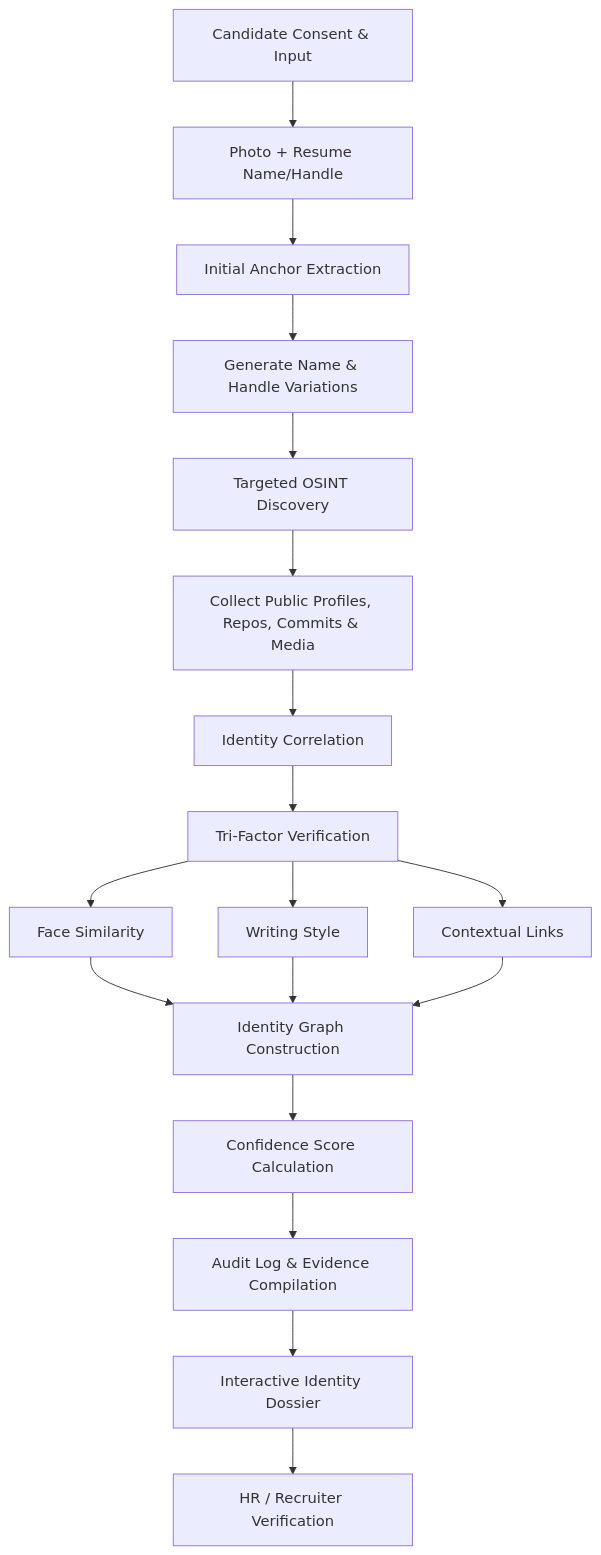
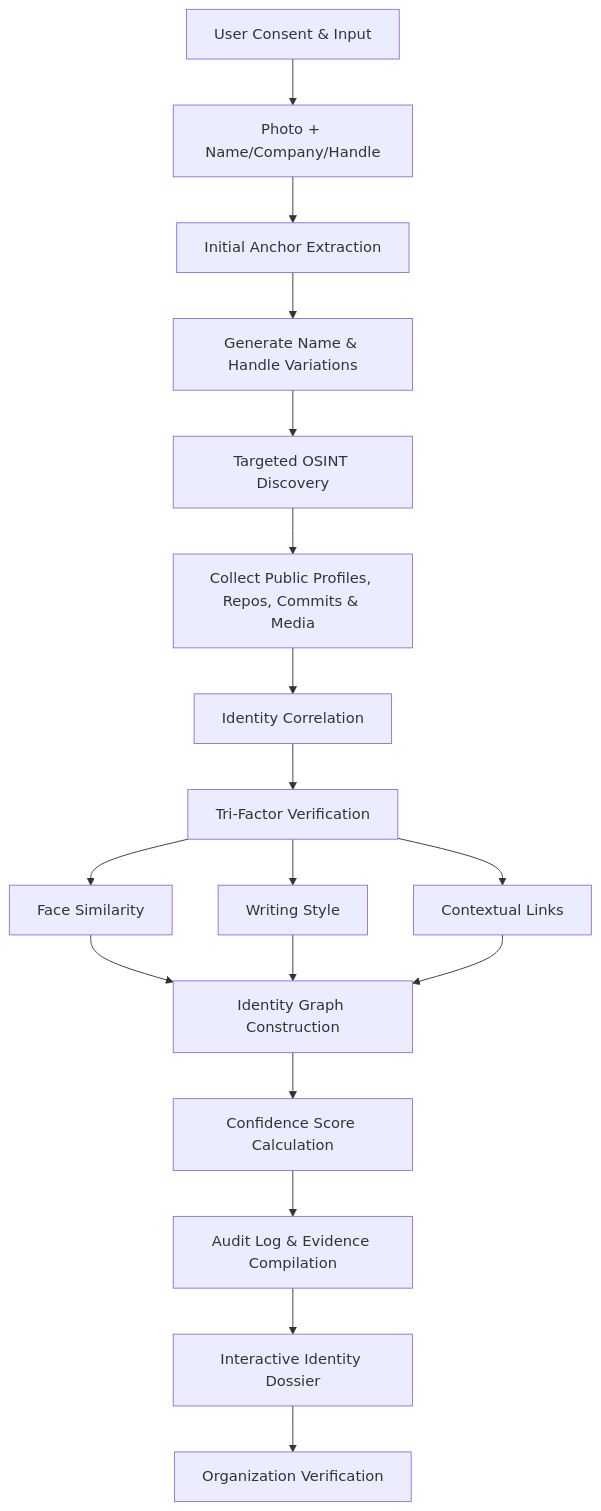
Before and after one commit to dthakurshikhar-cmyk/Neurax3.0---Tech-Titans: the diagram in README.md, drawn with Mermaid. The commit also changed other lines of this file, not shown here.

````diff
--- a/README.md
+++ b/README.md
@@ -32,20 +25,20 @@
 ```mermaid
 flowchart TD
-    A[Candidate Consent & Input] --> B[Photo + Resume Name/Handle]
+    A[User Consent & Input] --> B[Photo + Name/Company/Handle]
     B --> C[Initial Anchor Extraction]
     C --> D[Generate Name & Handle Variations]
     D --> E[Targeted OSINT Discovery]
     E --> F[Collect Public Profiles, Repos, Commits & Media]
     F --> G[Identity Correlation]
     G --> H[Tri-Factor Verification]
     H --> H1[Face Similarity]
     H --> H2[Writing Style]
     H --> H3[Contextual Links]
     H1 --> I[Identity Graph Construction]
     H2 --> I
     H3 --> I
     I --> J[Confidence Score Calculation]
     J --> K[Audit Log & Evidence Compilation]
     K --> L[Interactive Identity Dossier]
-    L --> M[HR / Recruiter Verification]
+    L --> M[Organization Verification]
 ```
````
